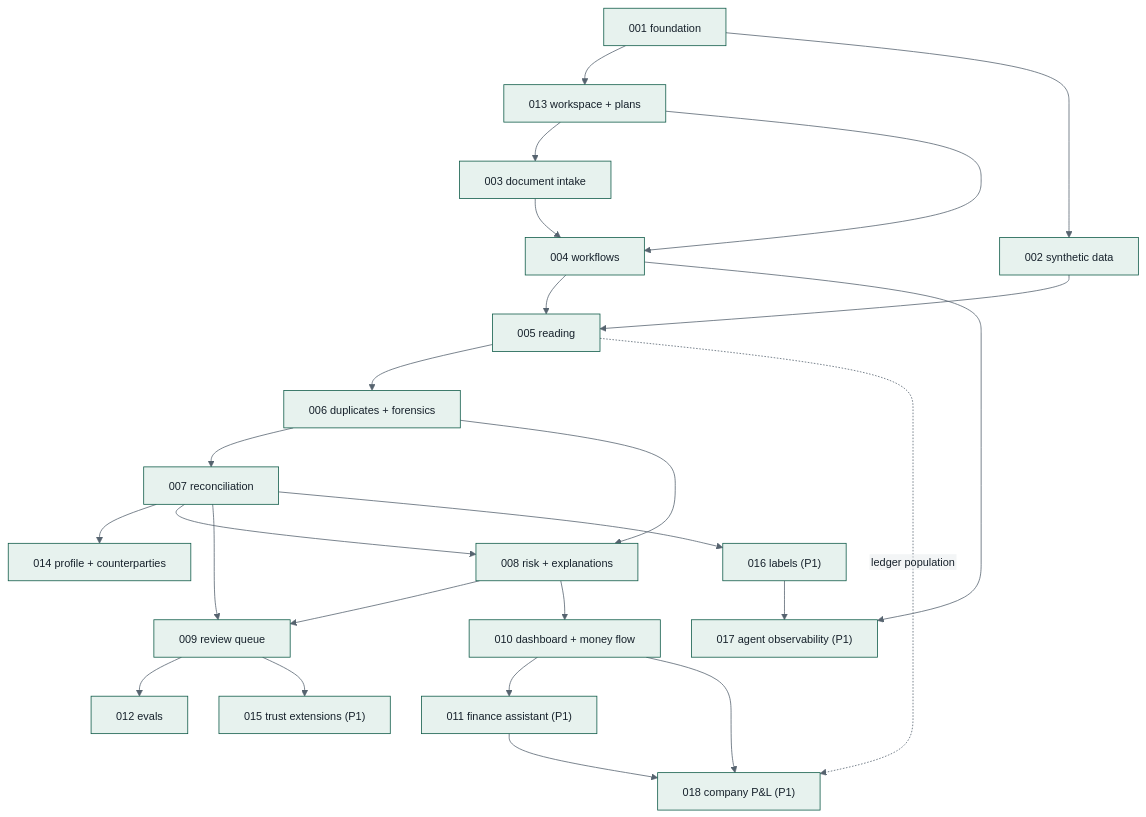
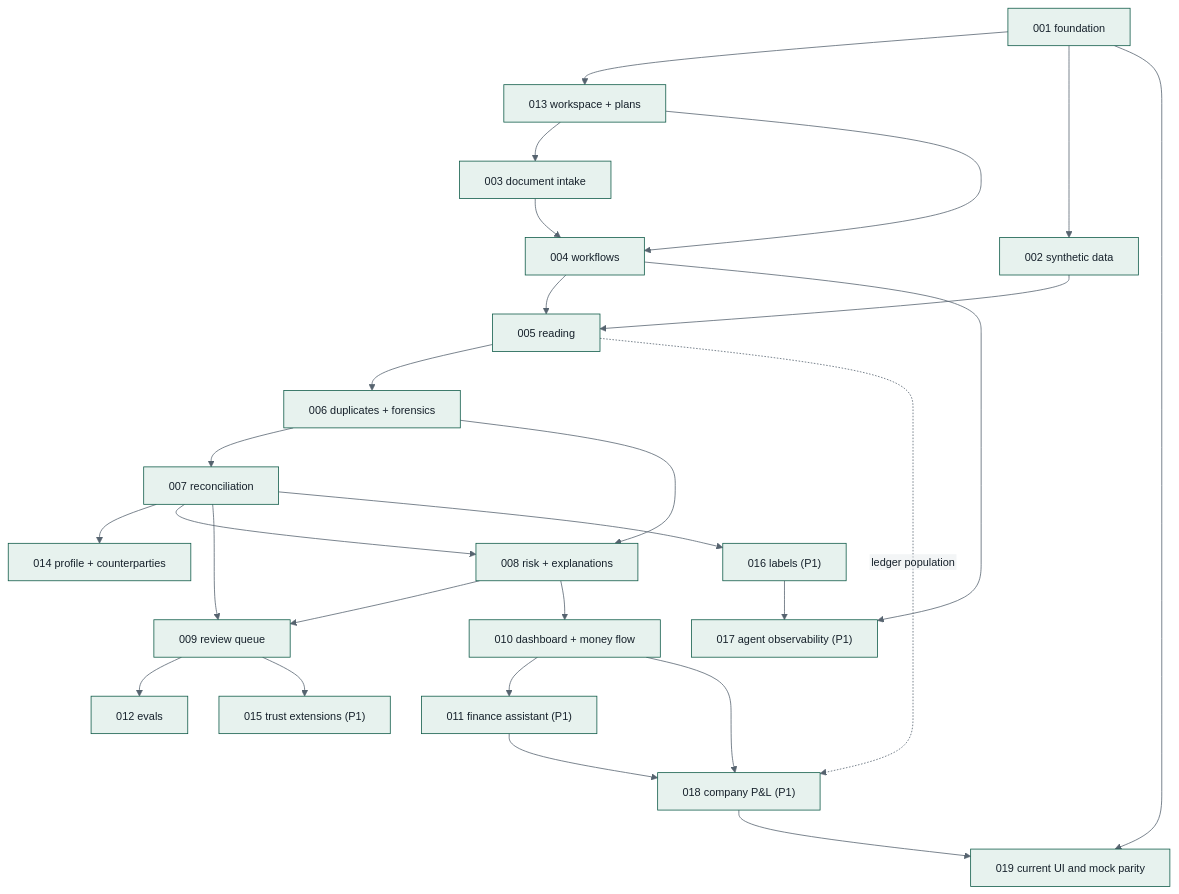
The diagram in docs/specs/README.md (fadlytanjung/kredibel), drawn with Mermaid before and after one commit. The commit also changed other lines of this file and 32 other files, not shown here.

````diff
--- a/docs/specs/README.md
+++ b/docs/specs/README.md
@@ -35,28 +36,30 @@
 ```mermaid
 %%{init: {"theme": "base", "themeVariables": {"fontFamily": "Arial, Helvetica, sans-serif", "fontSize": "14px", "primaryColor": "#E7F2EE", "primaryBorderColor": "#0E5A47", "primaryTextColor": "#16212B", "lineColor": "#56636F", "secondaryColor": "#E8ECEE", "tertiaryColor": "#FFFFFF", "clusterBkg": "#F2F4F5", "clusterBorder": "#B9C2CA", "noteBkgColor": "#FFF5D6", "noteTextColor": "#16212B"}, "htmlLabels": false, "flowchart": {"htmlLabels": false, "padding": 16, "nodeSpacing": 40, "rankSpacing": 50, "wrappingWidth": 220}, "sequence": {"wrap": true, "useMaxWidth": true, "noteFontFamily": "Arial, Helvetica, sans-serif", "messageFontFamily": "Arial, Helvetica, sans-serif", "actorFontFamily": "Arial, Helvetica, sans-serif"}}}%%
 flowchart TB
     s001["001 foundation"] --> s013["013 workspace + plans"]
     s001 --> s002["002 synthetic data"]
     s013 --> s003["003 document intake"]
     s003 --> s004["004 workflows"]
     s013 --> s004
     s002 --> s005["005 reading"]
     s004 --> s005
     s005 --> s006["006 duplicates + forensics"]
     s006 --> s007["007 reconciliation"]
     s007 --> s014["014 profile + counterparties"]
     s007 --> s008["008 risk + explanations"]
     s006 --> s008
     s008 --> s009["009 review queue"]
     s007 --> s009
     s008 --> s010["010 dashboard + money flow"]
     s009 --> s012["012 evals"]
     s010 --> s011["011 finance assistant (P1)"]
     s009 --> s015["015 trust extensions (P1)"]
     s007 --> s016["016 labels (P1)"]
     s016 --> s017["017 agent observability (P1)"]
     s004 --> s017
     s010 --> s018["018 company P&L (P1)"]
     s011 --> s018
     s005 -. ledger population .-> s018
+    s001 --> s019["019 current UI and mock parity"]
+    s018 --> s019
 ```
````
